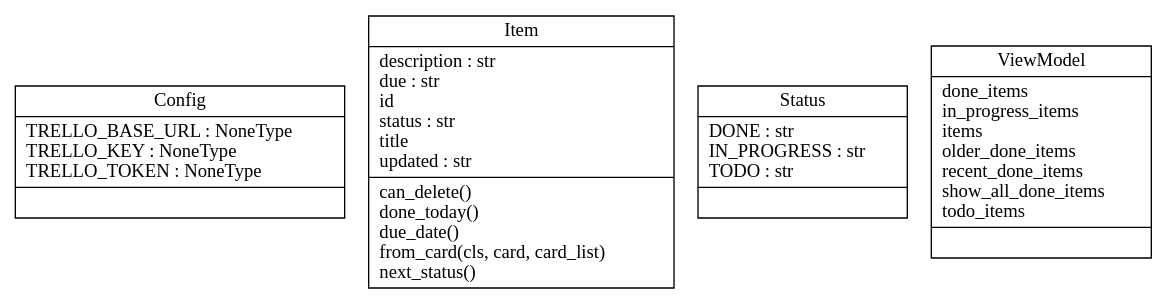
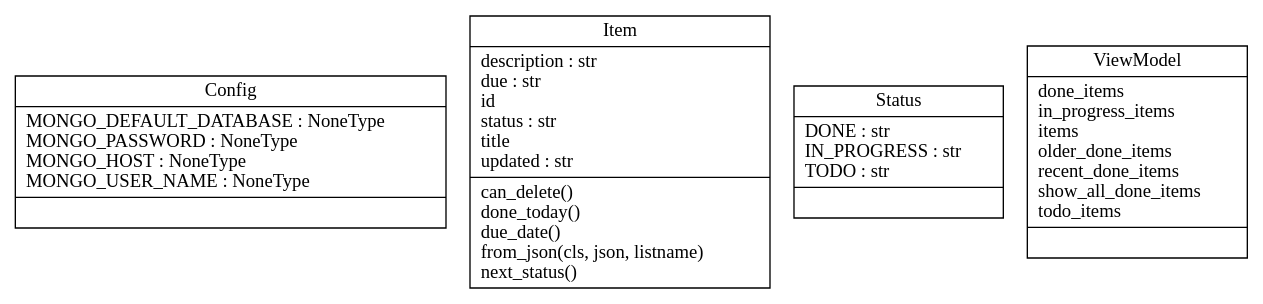
The diagram in docs/classes_ToDoApp.dot (pcoulso1/DevOps-Course-Starter), drawn with Graphviz before and after one commit. The commit also changed 20 other files, not shown here.

```diff
--- a/docs/classes_ToDoApp.dot
+++ b/docs/classes_ToDoApp.dot
@@ -1,8 +1,8 @@
 digraph "classes_ToDoApp" {
 charset="utf-8"
 rankdir=BT
-"0" [label="{Config|TRELLO_BASE_URL : NoneType\lTRELLO_KEY : NoneType\lTRELLO_TOKEN : NoneType\l|}", shape="record"];
-"1" [label="{Item|description : str\ldue : str\lid\lstatus : str\ltitle\lupdated : str\l|can_delete()\ldone_today()\ldue_date()\lfrom_card(cls, card, card_list)\lnext_status()\l}", shape="record"];
+"0" [label="{Config|MONGO_DEFAULT_DATABASE : NoneType\lMONGO_PASSWORD : NoneType\lMONGO_HOST : NoneType\lMONGO_USER_NAME : NoneType\l|}", shape="record"];
+"1" [label="{Item|description : str\ldue : str\lid\lstatus : str\ltitle\lupdated : str\l|can_delete()\ldone_today()\ldue_date()\lfrom_json(cls, json, listname)\lnext_status()\l}", shape="record"];
 "2" [label="{Status|DONE : str\lIN_PROGRESS : str\lTODO : str\l|}", shape="record"];
 "3" [label="{ViewModel|done_items\lin_progress_items\litems\lolder_done_items\lrecent_done_items\lshow_all_done_items\ltodo_items\l|}", shape="record"];
 }
```
